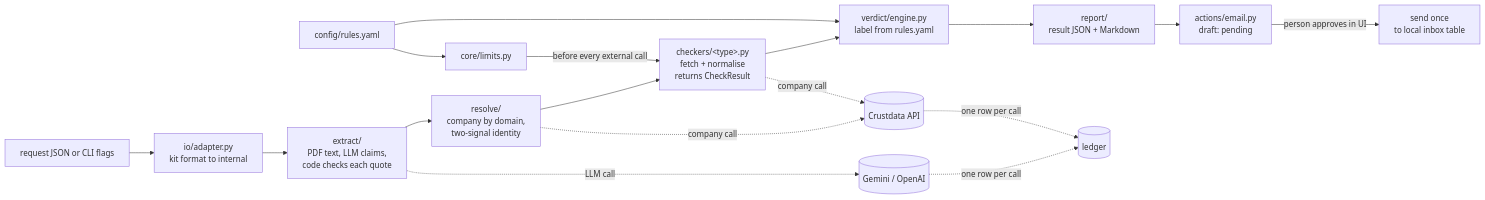
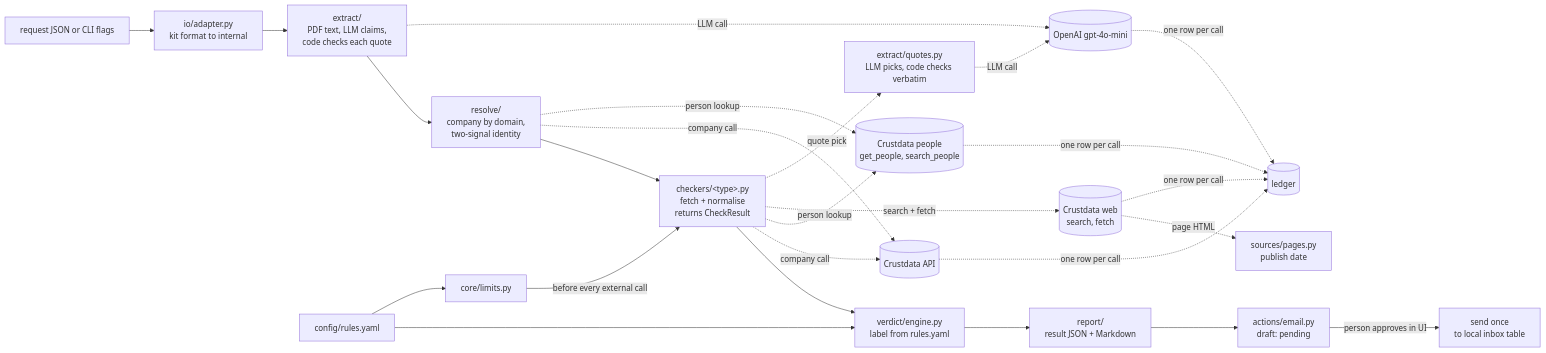
The diagram in docs/ARCHITECTURE.md (Harshit2546/deckcheck-kit), drawn with Mermaid before and after one commit. The commit also changed other lines of this file and 2 other files, not shown here.

Commit message:
[final] docs: architecture data calls, README known limits and credits

````diff
--- a/docs/ARCHITECTURE.md
+++ b/docs/ARCHITECTURE.md
@@ -9,20 +9,28 @@
 ```mermaid
 flowchart LR
   REQ[request JSON or CLI flags] --> AD[io/adapter.py<br/>kit format to internal]
   AD --> EX[extract/<br/>PDF text, LLM claims,<br/>code checks each quote]
   EX --> RS[resolve/<br/>company by domain,<br/>two-signal identity]
   RS --> CK[checkers/&lt;type&gt;.py<br/>fetch + normalise<br/>returns CheckResult]
   CK --> VE[verdict/engine.py<br/>label from rules.yaml]
   VE --> RP[report/<br/>result JSON + Markdown]
   RP --> AC[actions/email.py<br/>draft: pending]
   AC -->|person approves in UI| SEND[send once<br/>to local inbox table]
 
-  EX -. LLM call .-> LLM[(Gemini / OpenAI)]
+  EX -. LLM call .-> LLM[(OpenAI gpt-4o-mini)]
   RS -. company call .-> CD[(Crustdata API)]
   CK -. company call .-> CD
+  RS -. person lookup .-> CP[(Crustdata people<br/>get_people, search_people)]
+  CK -. person lookup .-> CP
+  CK -. search + fetch .-> WEB[(Crustdata web<br/>search, fetch)]
+  WEB -. page HTML .-> PG[sources/pages.py<br/>publish date]
+  CK -. quote pick .-> QT[extract/quotes.py<br/>LLM picks, code checks verbatim]
+  QT -. LLM call .-> LLM
+  CP -. one row per call .-> LG
+  WEB -. one row per call .-> LG
   LLM -. one row per call .-> LG[(ledger)]
   CD -. one row per call .-> LG
   CFG[config/rules.yaml] --> VE
   CFG --> LIM[core/limits.py]
   LIM -->|before every external call| CK
 ```
````
